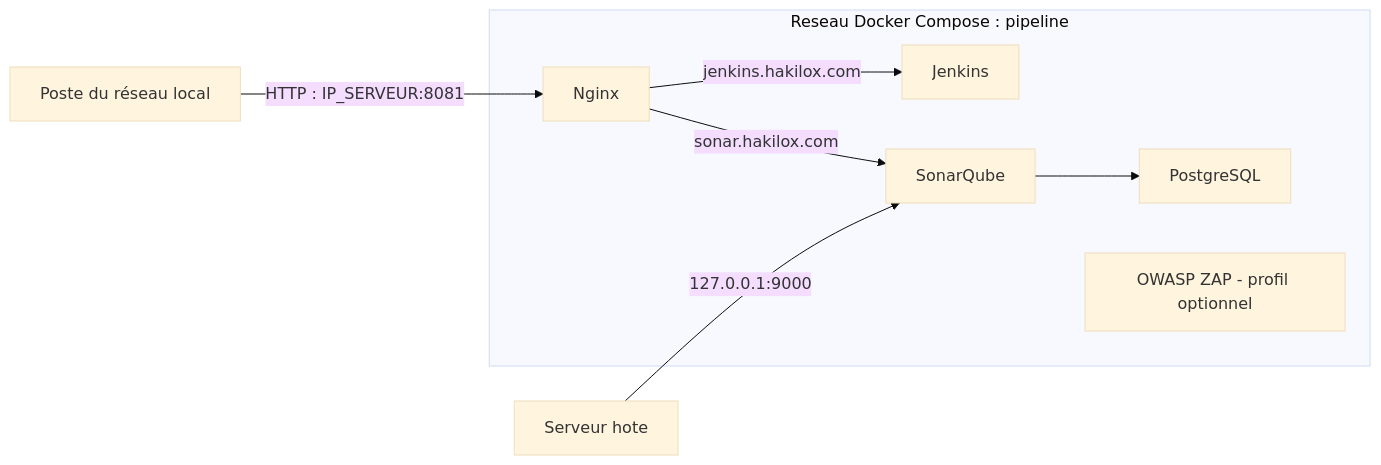
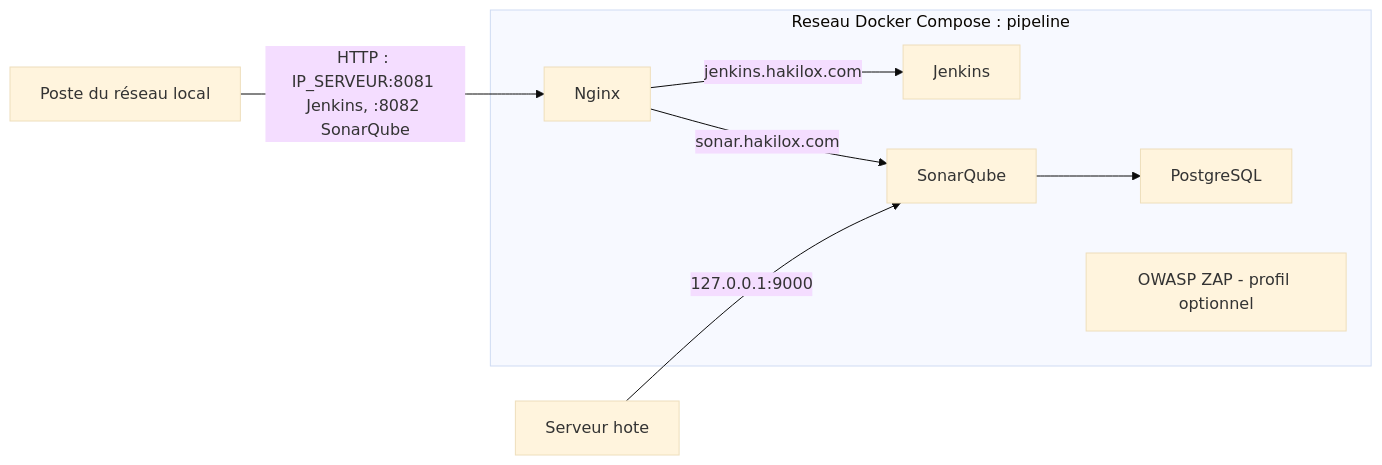
The diagram in docs/architecture.md (Drak-01/Docker-security-pipeline), drawn with Mermaid (base theme) before and after one commit. The commit also changed other lines of this file and 5 other files, not shown here.

````diff
--- a/docs/architecture.md
+++ b/docs/architecture.md
@@ -20,13 +20,13 @@
 ```mermaid
 flowchart LR
-    Client[Poste du réseau local] -->|HTTP : IP_SERVEUR:8081| Nginx
+    Client[Poste du réseau local] -->|HTTP : IP_SERVEUR:8081 Jenkins, :8082 SonarQube| Nginx
 
     subgraph Docker[Reseau Docker Compose : pipeline]
         Nginx -->|jenkins.hakilox.com| Jenkins
         Nginx -->|sonar.hakilox.com| SonarQube
         SonarQube --> PostgreSQL
         ZAP[OWASP ZAP - profil optionnel]
     end
 
     Administrateur[Serveur hote] -->|127.0.0.1:9000| SonarQube
 ```
````
